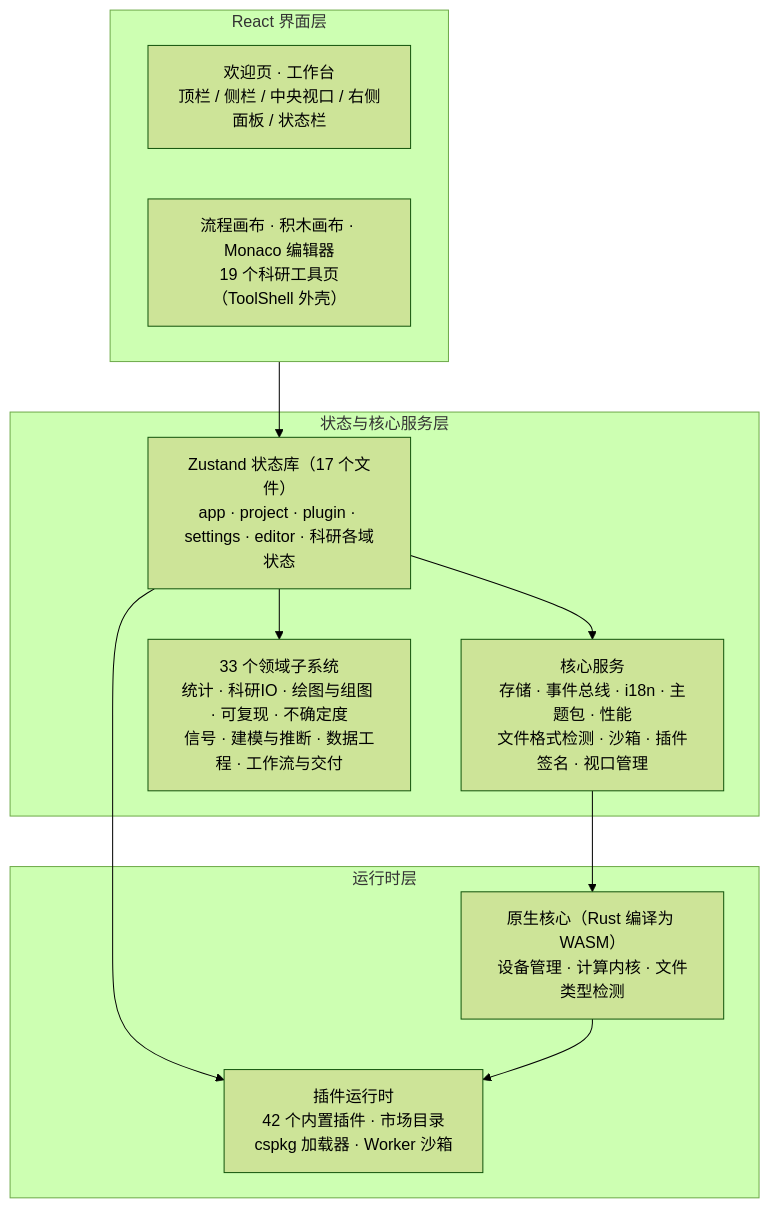
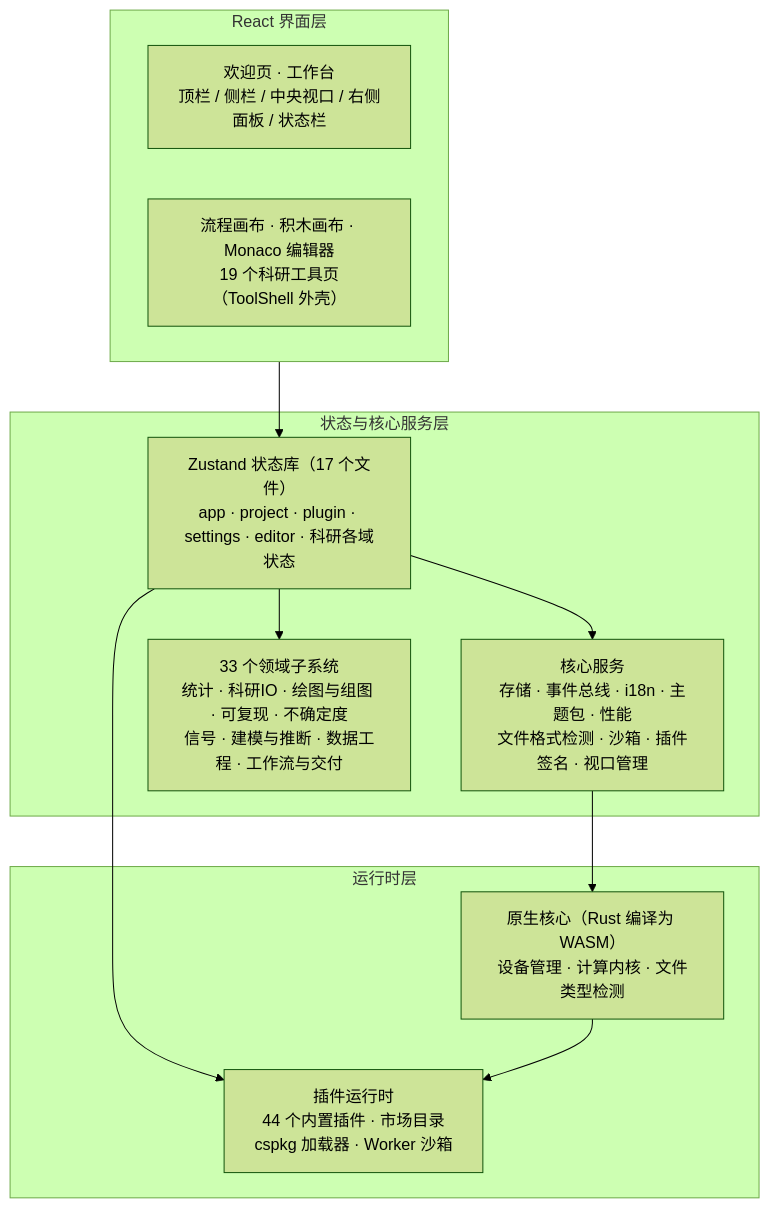
One commit to SnowLeopard-io/ErgalicsStudio changed the second of 3 diagrams in docs/technical/01-产品介绍.md. Above: the diagram before and after it, drawn with Mermaid (forest theme). The commit also changed other lines of this file and 30 other files, not shown here.

````diff
--- a/docs/technical/01-产品介绍.md
+++ b/docs/technical/01-产品介绍.md
@@ -92,22 +92,22 @@
 ```mermaid
 flowchart TB
     subgraph UI["React 界面层"]
         A1["欢迎页 · 工作台<br/>顶栏 / 侧栏 / 中央视口 / 右侧面板 / 状态栏"]
         A2["流程画布 · 积木画布 · Monaco 编辑器<br/>19 个科研工具页（ToolShell 外壳）"]
     end
     subgraph State["状态与核心服务层"]
         B1["Zustand 状态库（17 个文件）<br/>app · project · plugin · settings · editor · 科研各域状态"]
         B2["核心服务<br/>存储 · 事件总线 · i18n · 主题包 · 性能<br/>文件格式检测 · 沙箱 · 插件签名 · 视口管理"]
         B3["33 个领域子系统<br/>统计 · 科研IO · 绘图与组图 · 可复现 · 不确定度<br/>信号 · 建模与推断 · 数据工程 · 工作流与交付"]
     end
     subgraph Runtime["运行时层"]
-        C1["插件运行时<br/>42 个内置插件 · 市场目录<br/>cspkg 加载器 · Worker 沙箱"]
+        C1["插件运行时<br/>44 个内置插件 · 市场目录<br/>cspkg 加载器 · Worker 沙箱"]
         C2["原生核心（Rust 编译为 WASM）<br/>设备管理 · 计算内核 · 文件类型检测"]
     end
     UI --> B1
     B1 --> B2
     B1 --> B3
     B1 --> C1
     B2 --> C2
     C2 --> C1
 ```
````
